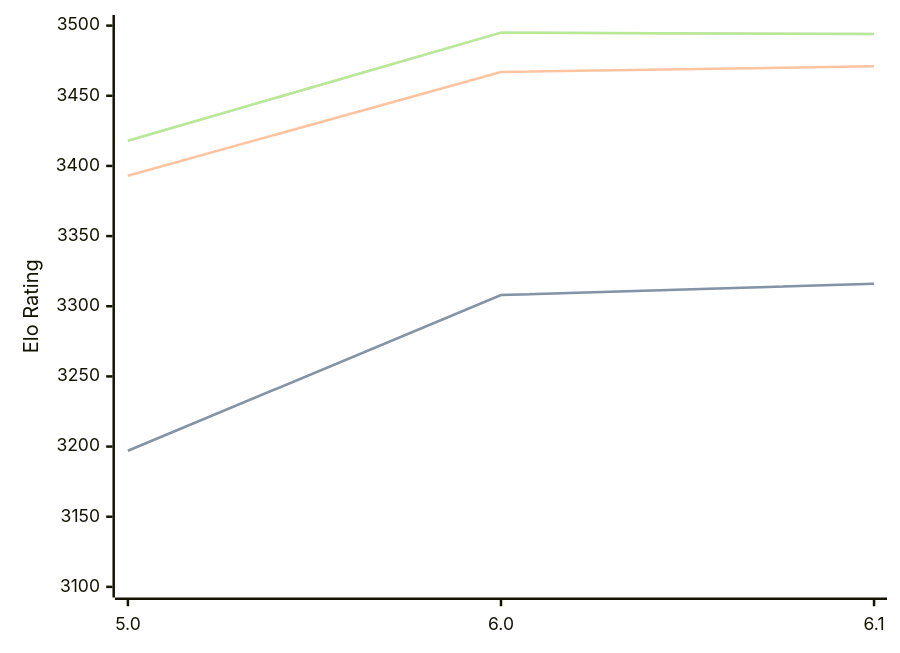
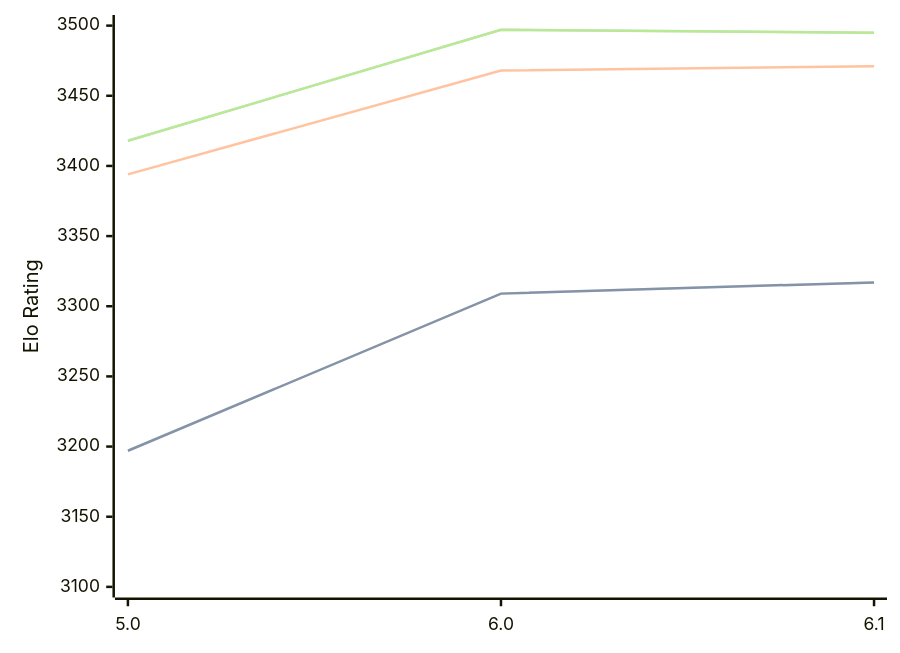
The first of 3 diagrams in engines/Starzix.md (computer-chess-index/cci), drawn with Mermaid before and after one commit. The commit also changed other lines of this file, not shown here.

Commit message:
Update CCI Ratings (ELO VLTC) - 2026-06-22

````diff
--- a/engines/Starzix.md
+++ b/engines/Starzix.md
@@ -37,11 +37,11 @@
 ```mermaid
 %%{init: {"theme":"base","themeVariables":{"seriesColors:['#a3a3a3','#222221','#faa371']}}}%%
 xychart-beta
   x-axis ["5.0", "6.0", "6.1"]
   y-axis "Elo Rating" 3100 --> 3500
-  line "STC (8.0+0.08s)" [3197, 3308, 3316]
-  line "STC (8.0+0.08s)" [3197, 3308, 3316]
-  line "LTC (60.0+0.60s)" [3393, 3467, 3471]
-  line "VLTC (2m24s+1.12s)" [3418, 3495, 3494]
-  line "VLTC (2m24s+1.12s)" [3418, 3495, 3494]
+  line "STC (8.0+0.08s)" [3197, 3309, 3317]
+  line "STC (8.0+0.08s)" [3197, 3309, 3317]
+  line "LTC (60.0+0.60s)" [3394, 3468, 3471]
+  line "VLTC (2m24s+1.12s)" [3418, 3497, 3495]
+  line "VLTC (2m24s+1.12s)" [3418, 3497, 3495]
 ```
````
